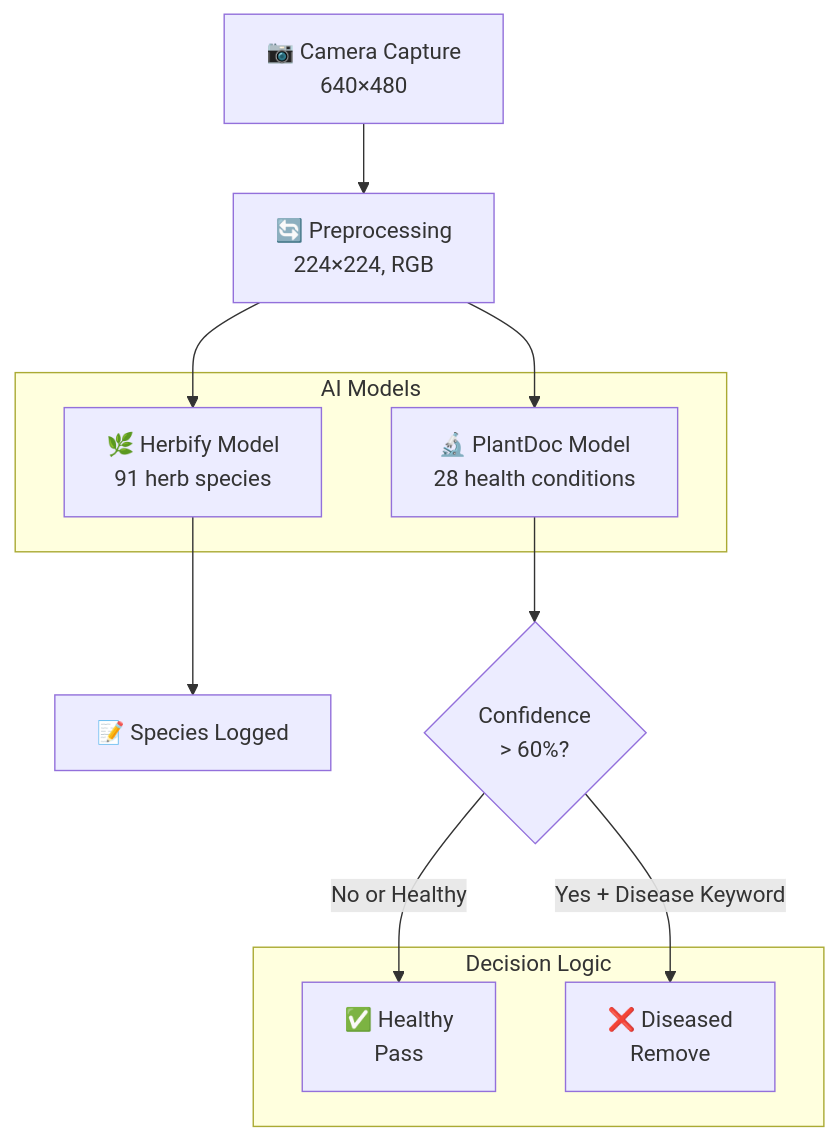
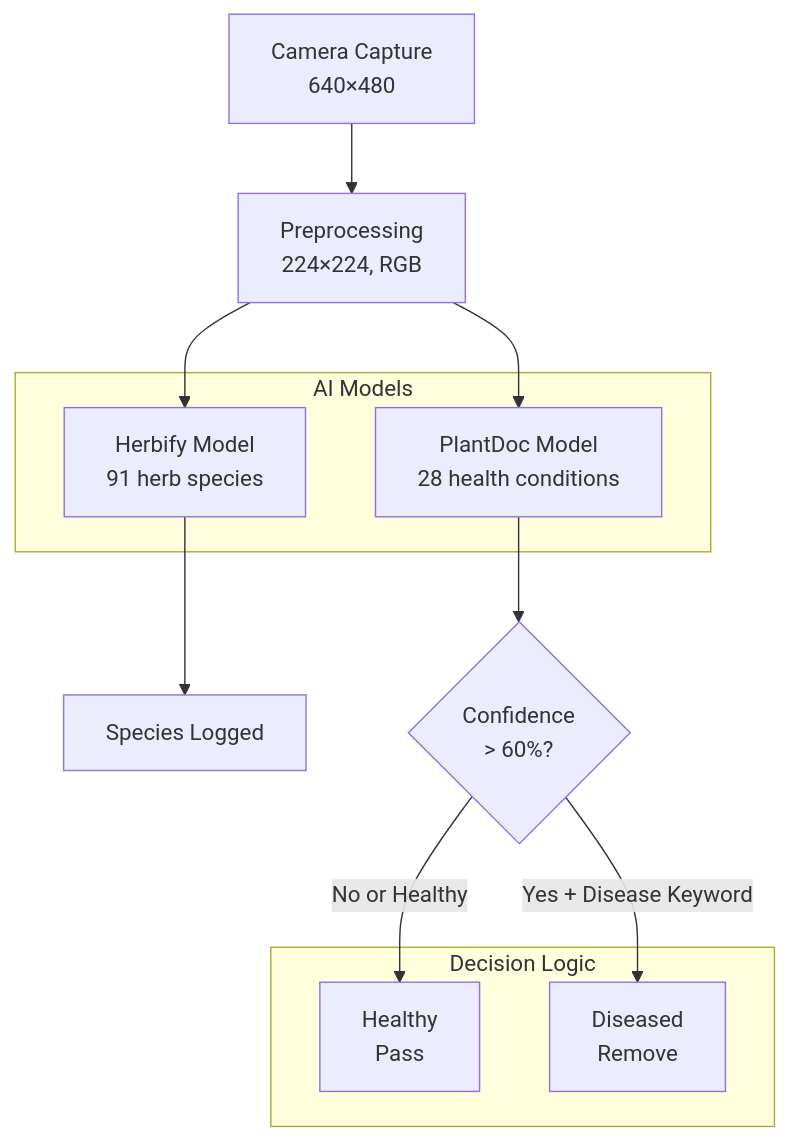
One commit to leesg0107/leesg0107.github.io changed the third of 4 diagrams in _posts/project/2025-11-19-herbot.md. Above: the diagram before and after it, drawn with Mermaid. The commit also changed other lines of this file and 77 other files, not shown here.

```diff
--- a/_posts/project/2025-11-19-herbot.md
+++ b/_posts/project/2025-11-19-herbot.md
@@ -146,23 +145,23 @@
 <div class="mermaid">
 flowchart TB
-    CAM["📷 Camera Capture<br/>640×480"]
-    PRE["🔄 Preprocessing<br/>224×224, RGB"]
+    CAM["Camera Capture<br/>640×480"]
+    PRE["Preprocessing<br/>224×224, RGB"]
 
     subgraph MODELS["AI Models"]
-        HERB["🌿 Herbify Model<br/>91 herb species"]
-        PLANT["🔬 PlantDoc Model<br/>28 health conditions"]
+        HERB["Herbify Model<br/>91 herb species"]
+        PLANT["PlantDoc Model<br/>28 health conditions"]
     end
 
     subgraph DECISION["Decision Logic"]
-        HEALTHY["✅ Healthy<br/>Pass"]
-        DISEASED["❌ Diseased<br/>Remove"]
+        HEALTHY["Healthy<br/>Pass"]
+        DISEASED["Diseased<br/>Remove"]
     end
 
     CAM --> PRE
     PRE --> HERB
     PRE --> PLANT
-    HERB --> LOG["📝 Species Logged"]
+    HERB --> LOG["Species Logged"]
     PLANT --> CHECK{"Confidence<br/>> 60%?"}
     CHECK -->|Yes + Disease Keyword| DISEASED
     CHECK -->|No or Healthy| HEALTHY
 </div>
```
